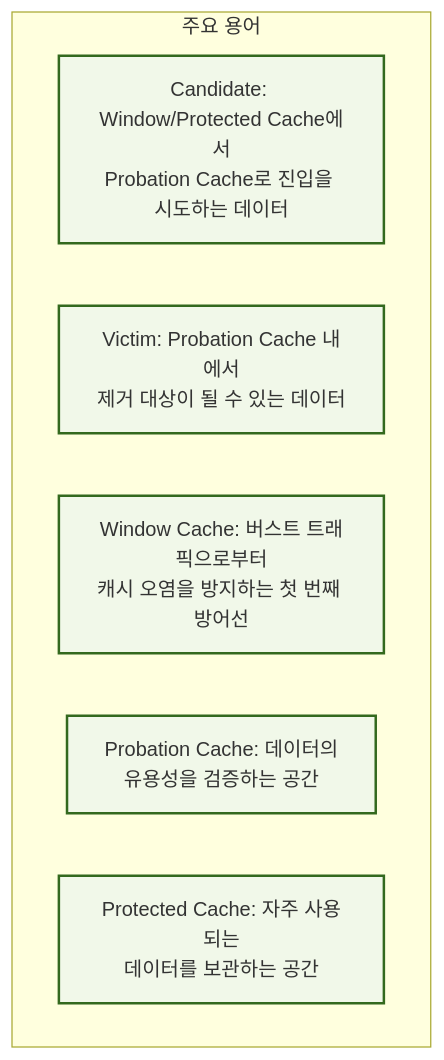
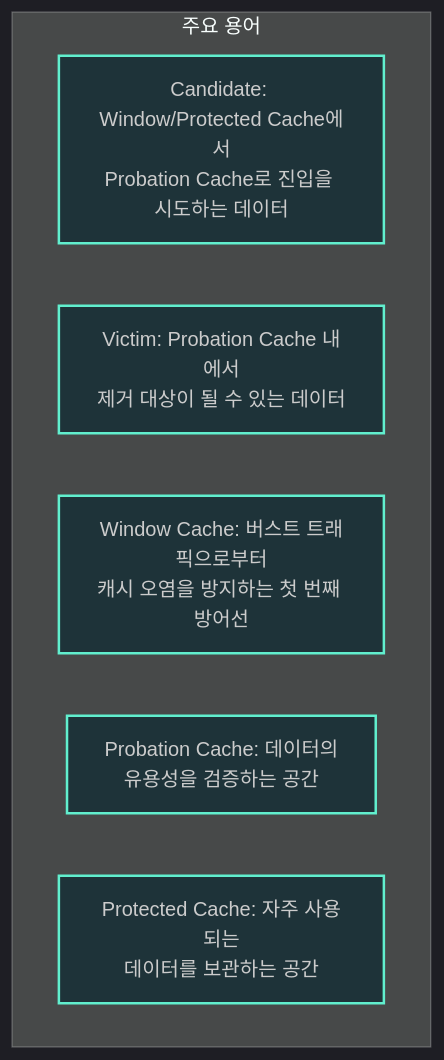
One commit to K-Diger/K-Diger.github.io changed the third of 3 diagrams in _posts/2023-01-01-SUWIKI-4.md. Above: the diagram before and after it, drawn with Mermaid. The commit also changed other lines of this file, not shown here.

````diff
--- a/_posts/2023-01-01-SUWIKI-4.md
+++ b/_posts/2023-01-01-SUWIKI-4.md
@@ -112,13 +114,14 @@
 ```mermaid
+%%{init: { 'theme':'dark' }}%%
 graph TD
     subgraph Terms["주요 용어"]
         T1["Candidate: Window/Protected Cache에서<br/>Probation Cache로 진입을 시도하는 데이터"]
         T2["Victim: Probation Cache 내에서<br/>제거 대상이 될 수 있는 데이터"]
         T3["Window Cache: 버스트 트래픽으로부터<br/>캐시 오염을 방지하는 첫 번째 방어선"]
         T4["Probation Cache: 데이터의<br/>유용성을 검증하는 공간"]
         T5["Protected Cache: 자주 사용되는<br/>데이터를 보관하는 공간"]
     end
 
-    classDef termBox fill:#f1f8e9,stroke:#33691e,stroke-width:2px
+    classDef termBox fill:#1e3339,stroke:#61efce,stroke-width:2px
     class T1,T2,T3,T4,T5 termBox
 ```
````
